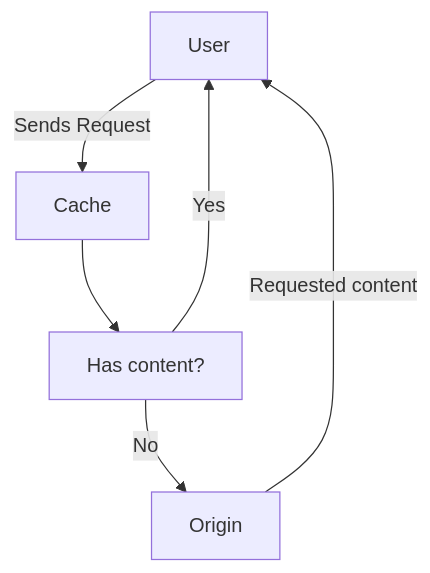
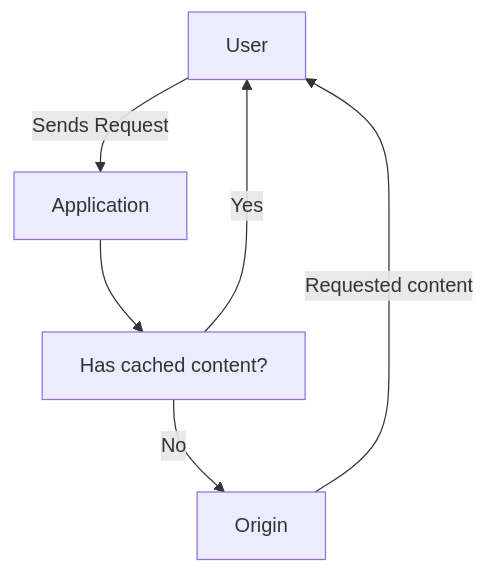
The second of 4 diagrams in content/learning-paths/modules/security/ddos-concepts/ddos-prevention.md (cloudflare/cloudflare-docs), drawn with Mermaid before and after one commit. The commit also changed 3 other files, not shown here.

````diff
--- a/content/learning-paths/modules/security/ddos-concepts/ddos-prevention.md
+++ b/content/learning-paths/modules/security/ddos-concepts/ddos-prevention.md
@@ -34,8 +34,8 @@
 ```mermaid
 flowchart TD;
-    User-->|Sends Request|Cache;
-    Cache-->B[Has content?];
+    User-->|Sends Request|Application;
+    Application-->B[Has cached content?];
     B-->|Yes|User;
     B-->|No|Origin
     Origin-->|Requested content|User
 ```
````
